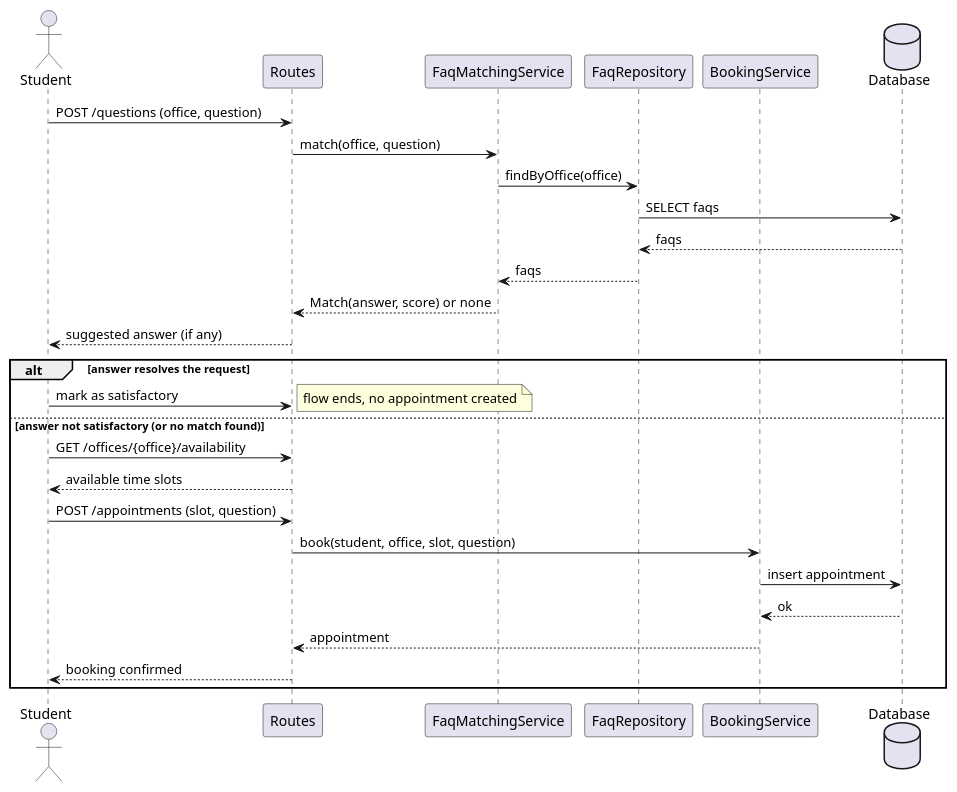
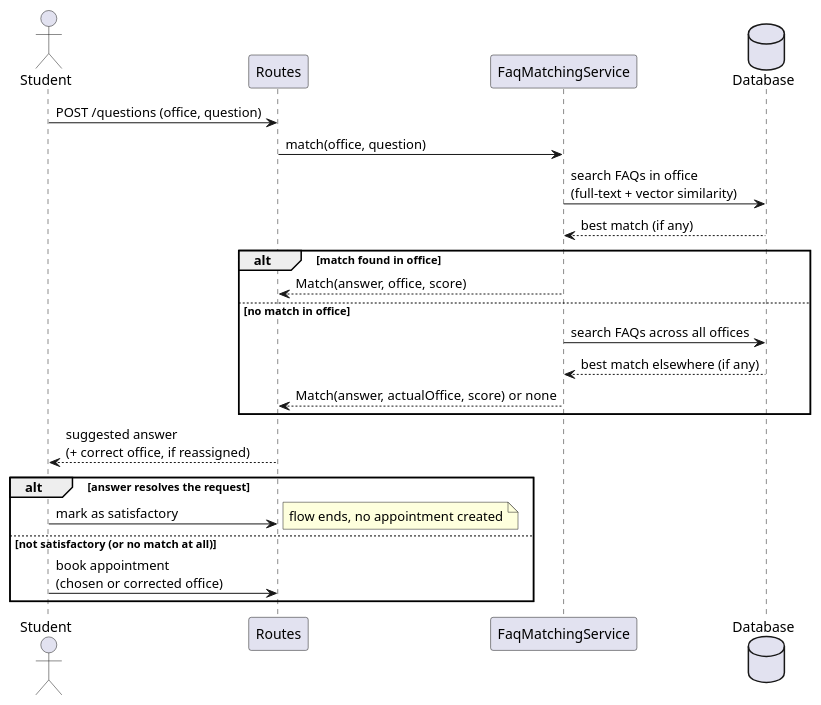
The diagram in sections/03-design/assets/seq1.puml (unibo-dtm-se-2526-PRONTO/report), drawn with PlantUML before and after one commit. The commit also changed 2 other files, not shown here.

Commit message:
docs(design): add office fallback and update seq1.puml

```diff
--- a/sections/03-design/assets/seq1.puml
+++ b/sections/03-design/assets/seq1.puml
@@ -1,31 +1,28 @@
 @startuml seq1
 actor Student as student
 participant "Routes" as routes
 participant "FaqMatchingService" as faqsvc
-participant "FaqRepository" as faqrepo
-participant "BookingService" as booksvc
 database "Database" as db
 
 student -> routes : POST /questions (office, question)
 routes -> faqsvc : match(office, question)
-faqsvc -> faqrepo : findByOffice(office)
-faqrepo -> db : SELECT faqs
-db --> faqrepo : faqs
-faqrepo --> faqsvc : faqs
-faqsvc --> routes : Match(answer, score) or none
-routes --> student : suggested answer (if any)
+faqsvc -> db : search FAQs in office\n(full-text + vector similarity)
+db --> faqsvc : best match (if any)
+
+alt match found in office
+  faqsvc --> routes : Match(answer, office, score)
+else no match in office
+  faqsvc -> db : search FAQs across all offices
+  db --> faqsvc : best match elsewhere (if any)
+  faqsvc --> routes : Match(answer, actualOffice, score) or none
+end
+
+routes --> student : suggested answer\n(+ correct office, if reassigned)
 
 alt answer resolves the request
   student -> routes : mark as satisfactory
   note right : flow ends, no appointment created
-else answer not satisfactory (or no match found)
-  student -> routes : GET /offices/{office}/availability
-  routes --> student : available time slots
-  student -> routes : POST /appointments (slot, question)
-  routes -> booksvc : book(student, office, slot, question)
-  booksvc -> db : insert appointment
-  db --> booksvc : ok
-  booksvc --> routes : appointment
-  routes --> student : booking confirmed
+else not satisfactory (or no match at all)
+  student -> routes : book appointment\n(chosen or corrected office)
 end
 @enduml
```
